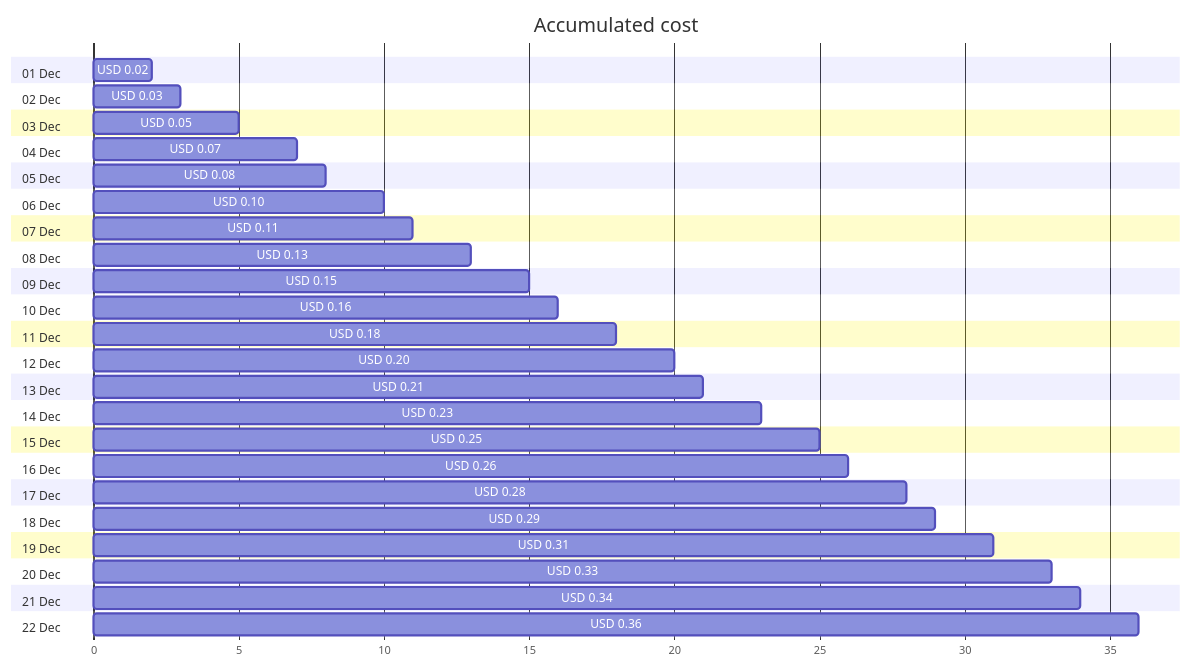
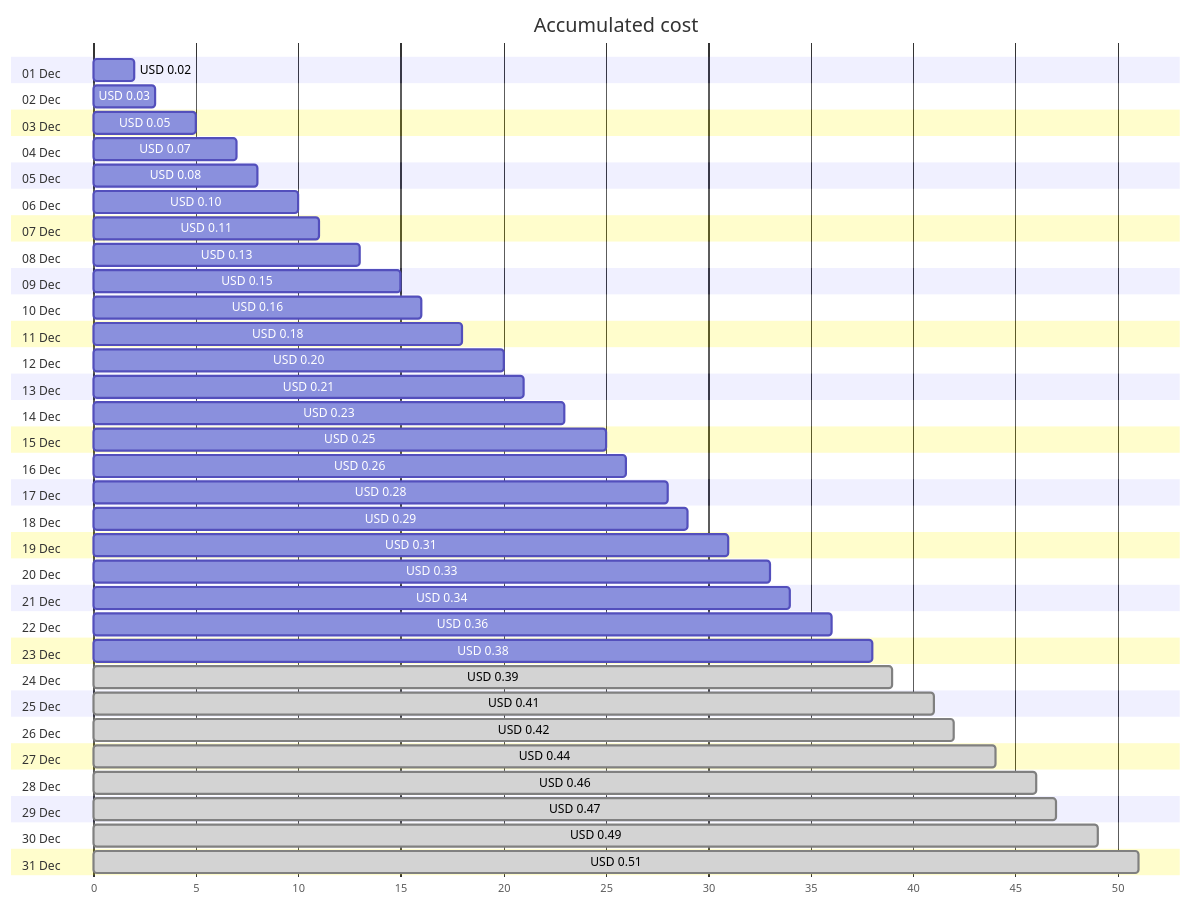
One commit to jpfulton/azure-personal-reports changed the first of 4 diagrams in cost-reports/personal-dns/jpatrickfulton.com.md. Above: the diagram before and after it, drawn with Mermaid. The commit also changed other lines of this file and 2 other files, not shown here.

Commit message:
Generated reports [skip ci]

````diff
--- a/cost-reports/personal-dns/jpatrickfulton.com.md
+++ b/cost-reports/personal-dns/jpatrickfulton.com.md
@@ -20,50 +20,68 @@
 ```mermaid
 gantt
    title Accumulated cost
    dateFormat  X
    axisFormat %s
    section 01 Dec
    USD 0.02 :0, 2
    section 02 Dec
    USD 0.03 :0, 3
    section 03 Dec
    USD 0.05 :0, 5
    section 04 Dec
    USD 0.07 :0, 7
    section 05 Dec
    USD 0.08 :0, 8
    section 06 Dec
    USD 0.10 :0, 10
    section 07 Dec
    USD 0.11 :0, 11
    section 08 Dec
    USD 0.13 :0, 13
    section 09 Dec
    USD 0.15 :0, 15
    section 10 Dec
    USD 0.16 :0, 16
    section 11 Dec
    USD 0.18 :0, 18
    section 12 Dec
    USD 0.20 :0, 20
    section 13 Dec
    USD 0.21 :0, 21
    section 14 Dec
    USD 0.23 :0, 23
    section 15 Dec
    USD 0.25 :0, 25
    section 16 Dec
    USD 0.26 :0, 26
    section 17 Dec
    USD 0.28 :0, 28
    section 18 Dec
    USD 0.29 :0, 29
    section 19 Dec
    USD 0.31 :0, 31
    section 20 Dec
    USD 0.33 :0, 33
    section 21 Dec
    USD 0.34 :0, 34
    section 22 Dec
    USD 0.36 :0, 36
+   section 23 Dec
+   USD 0.38 :0, 38
+   section 24 Dec
+   USD 0.39 : done, 0, 39
+   section 25 Dec
+   USD 0.41 : done, 0, 41
+   section 26 Dec
+   USD 0.42 : done, 0, 42
+   section 27 Dec
+   USD 0.44 : done, 0, 44
+   section 28 Dec
+   USD 0.46 : done, 0, 46
+   section 29 Dec
+   USD 0.47 : done, 0, 47
+   section 30 Dec
+   USD 0.49 : done, 0, 49
+   section 31 Dec
+   USD 0.51 : done, 0, 51
 ```
````
